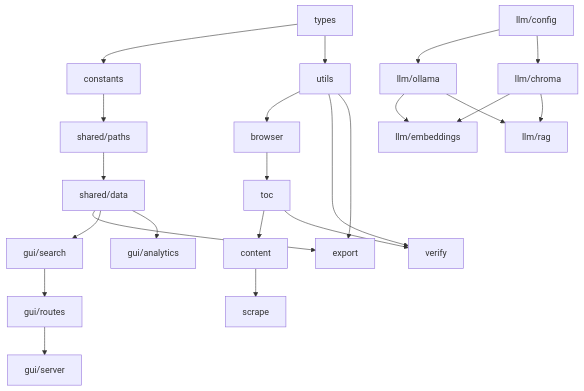
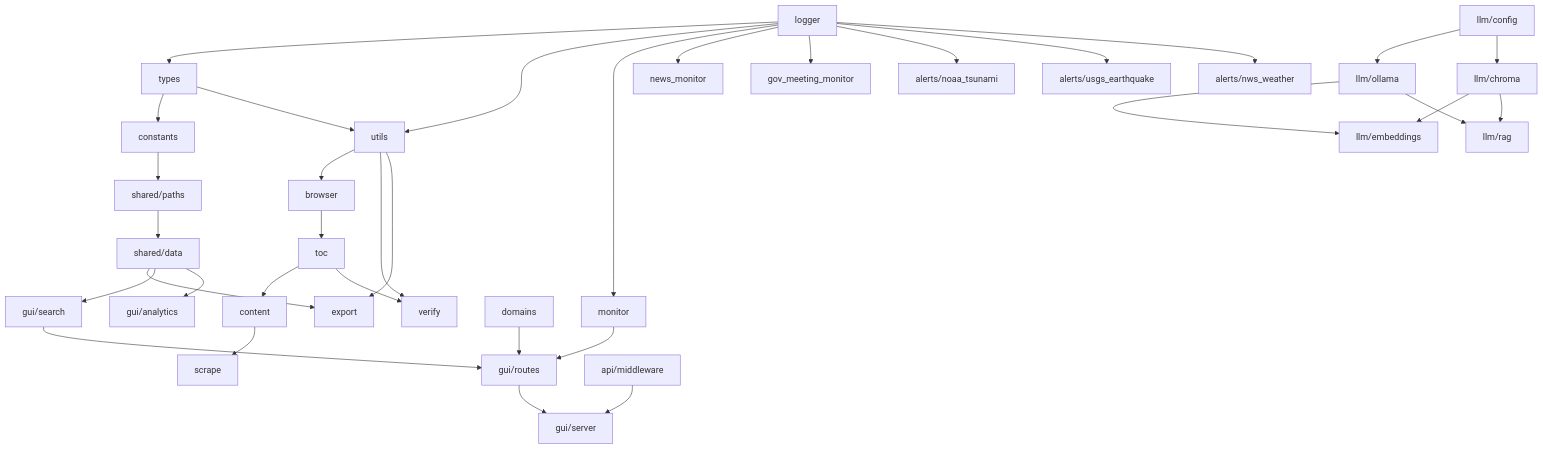
Before and after one commit to docxology/crescent-city: the second of 2 diagrams in docs/architecture.md, drawn with Mermaid. The commit also changed other lines of this file and 26 other files, not shown here.

````diff
--- a/docs/architecture.md
+++ b/docs/architecture.md
@@ -56,25 +84,36 @@
 ```mermaid
 graph TD
+    logger --> types
     types --> constants
     constants --> shared/paths
     shared/paths --> shared/data
     types --> utils
+    logger --> utils
     utils --> browser
     browser --> toc
     toc --> content
     content --> scrape
     toc --> verify
     utils --> verify
     shared/data --> export
     utils --> export
     shared/data --> gui/search
     gui/search --> gui/routes
     gui/routes --> gui/server
+    api/middleware --> gui/server
     shared/data --> gui/analytics
+    domains --> gui/routes
+    monitor --> gui/routes
     llm/config --> llm/ollama
     llm/config --> llm/chroma
     llm/ollama --> llm/embeddings
     llm/chroma --> llm/embeddings
     llm/ollama --> llm/rag
     llm/chroma --> llm/rag
+    logger --> monitor
+    logger --> news_monitor
+    logger --> gov_meeting_monitor
+    logger --> alerts/noaa_tsunami
+    logger --> alerts/usgs_earthquake
+    logger --> alerts/nws_weather
 ```
````
